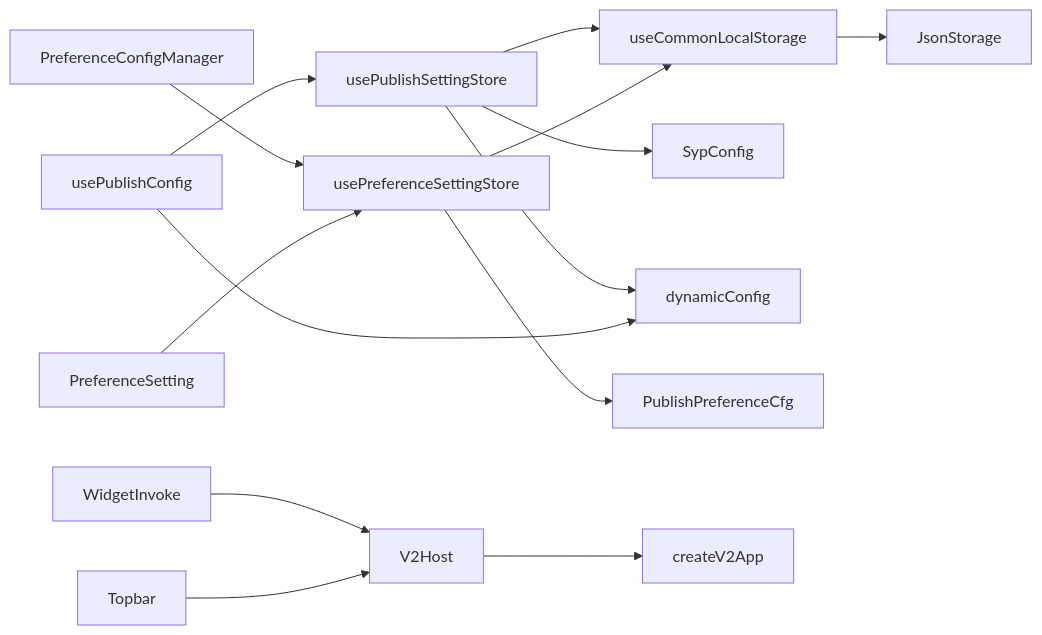
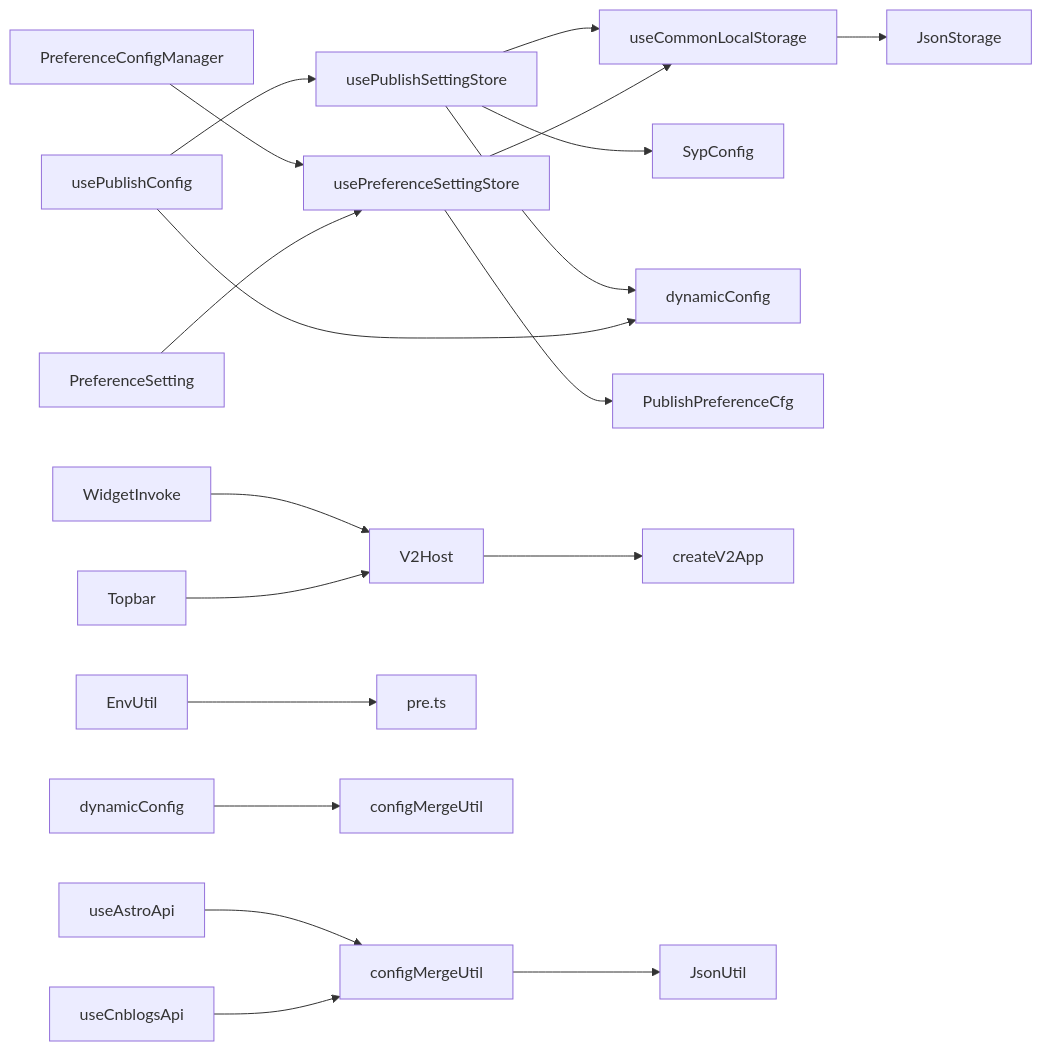
One commit to terwer/siyuan-plugin-publisher changed the sixth of 6 diagrams in .qoder/repowiki/zh/content/配置管理系统/配置管理系统.md. Above: the diagram before and after it, drawn with Mermaid. The commit also changed other lines of this file and 25 other files, not shown here.

````diff
--- a/.qoder/repowiki/zh/content/配置管理系统/配置管理系统.md
+++ b/.qoder/repowiki/zh/content/配置管理系统/配置管理系统.md
@@ -392,16 +451,21 @@
 ```mermaid
 graph LR
 A["usePublishSettingStore"] --> B["useCommonLocalStorage"]
 B --> C["JsonStorage"]
 A --> D["SypConfig"]
 A --> E["dynamicConfig"]
 F["usePublishConfig"] --> A
 F --> E
 G["usePreferenceSettingStore"] --> H["PublishPreferenceCfg"]
 G --> B
 I["PreferenceConfigManager"] --> G
 J["V2Host"] --> K["createV2App"]
 L["WidgetInvoke"] --> J
 M["Topbar"] --> J
 N["PreferenceSetting"] --> G
+O["configMergeUtil"] --> P["JsonUtil"]
+Q["useAstroApi"] --> O
+R["useCnblogsApi"] --> O
+S["EnvUtil"] --> T["pre.ts"]
+U["dynamicConfig"] --> V["configMergeUtil"]
 ```
````
